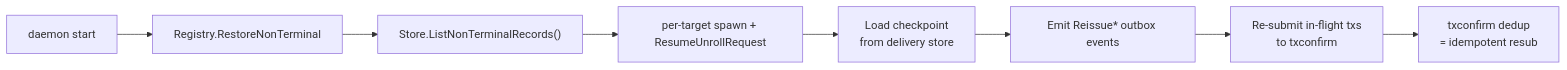
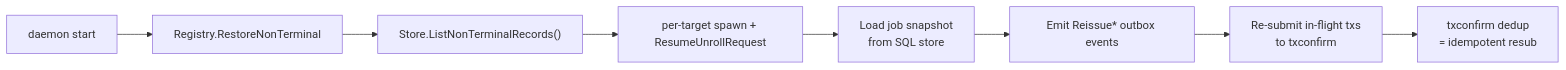
Before and after one commit to lightninglabs/wavelength: the fifth of 6 diagrams in unroll/README.md, drawn with Mermaid. The commit also changed other lines of this file and 38 other files, not shown here.

````diff
--- a/unroll/README.md
+++ b/unroll/README.md
@@ -200,10 +201,10 @@
 ```mermaid
 flowchart LR
     Boot[daemon start] --> Rest[Registry.RestoreNonTerminal]
     Rest --> List["Store.ListNonTerminalRecords()"]
     List --> Spawn[per-target spawn + ResumeUnrollRequest]
-    Spawn --> Load[Load checkpoint<br/>from delivery store]
+    Spawn --> Load[Load job snapshot<br/>from SQL store]
     Load --> Reissue[Emit Reissue* outbox events]
     Reissue --> TxConfirm[Re-submit in-flight txs<br/>to txconfirm]
     TxConfirm --> Dedup[txconfirm dedup<br/>= idempotent resub]
 ```
````
